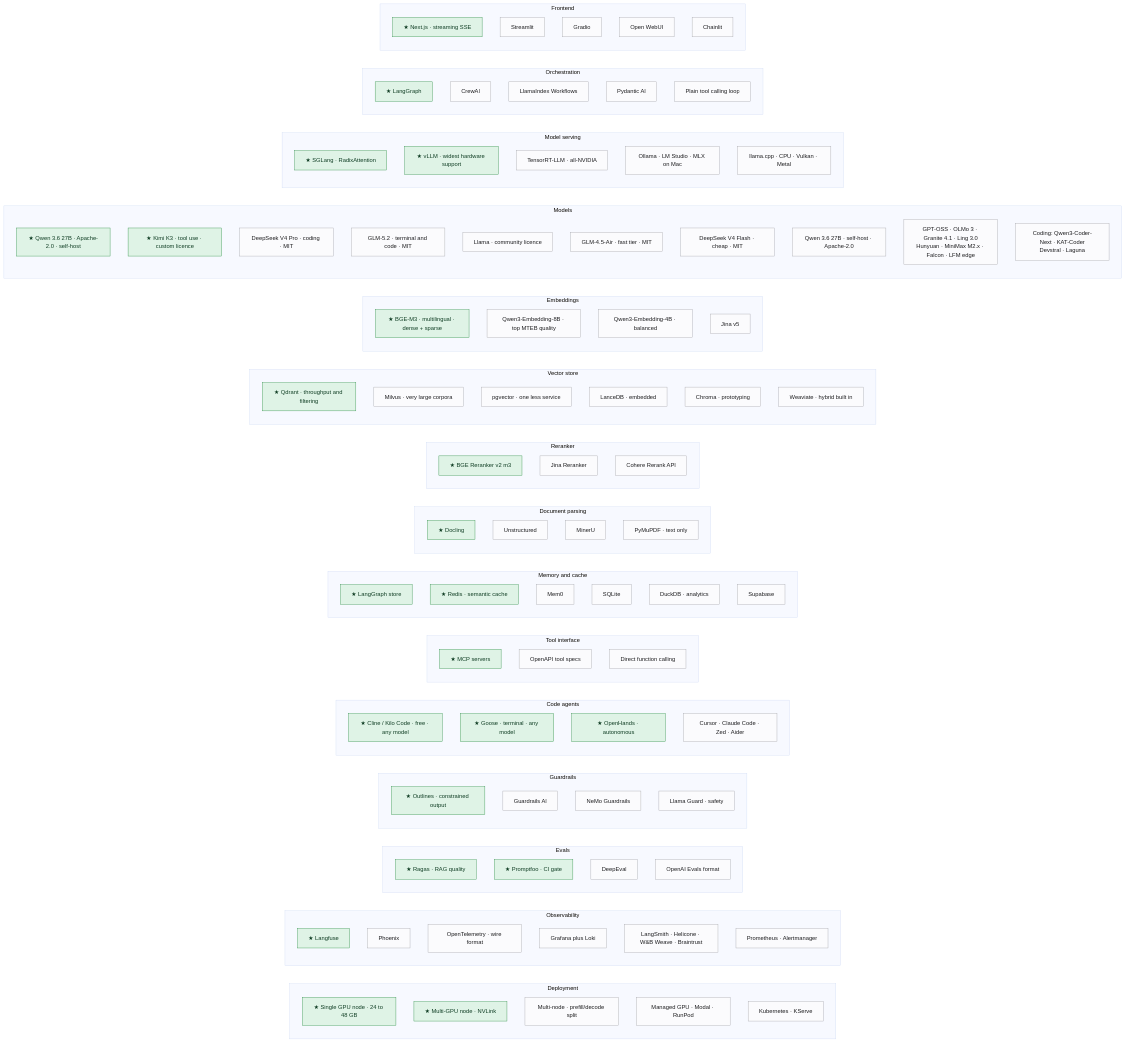
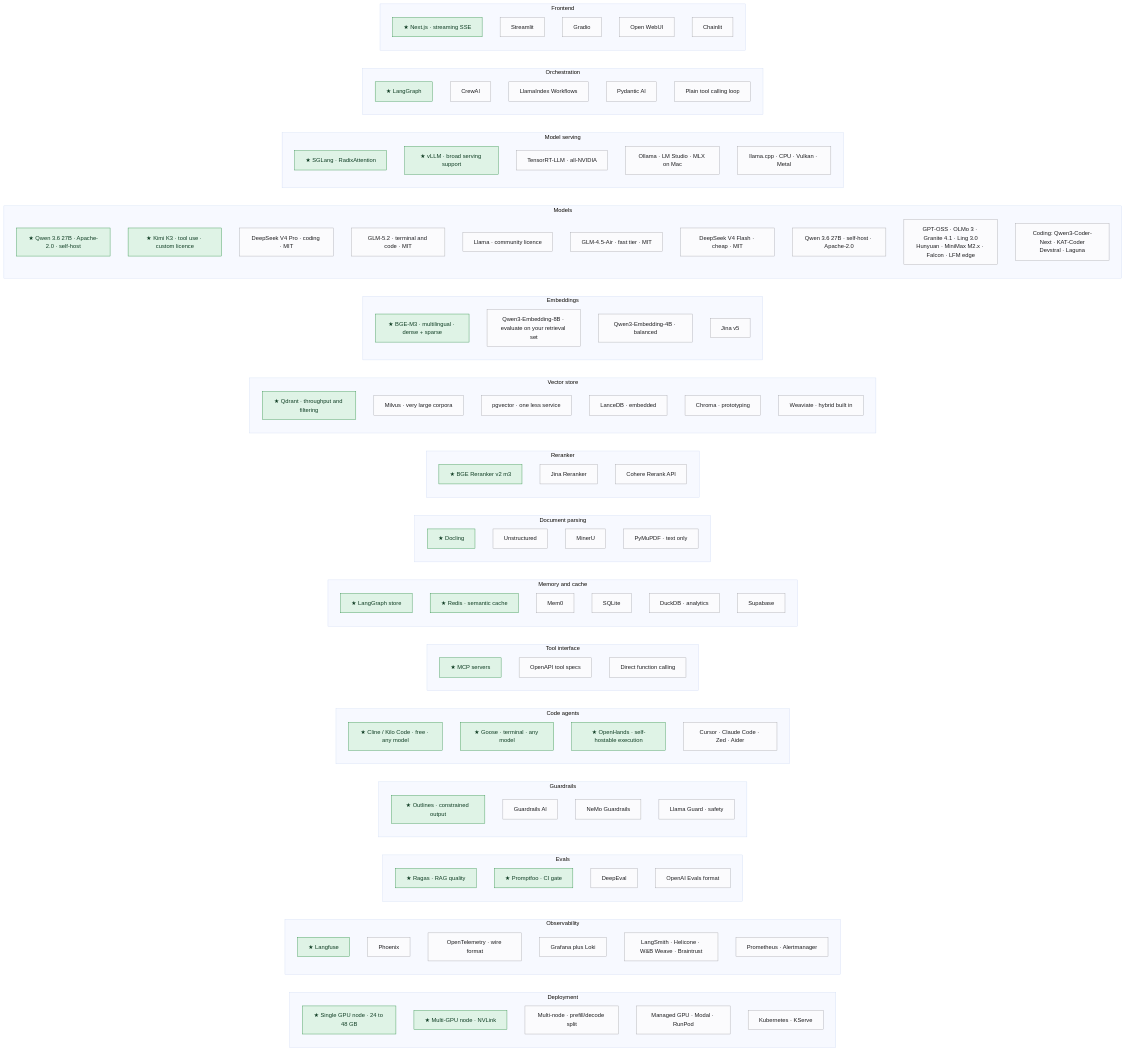
Diagram 17 of 18 in MANUAL.md (mlvpatel/open-weight-agent-stack), drawn with Mermaid (base theme) before and after one commit. The commit also changed other lines of this file and 11 other files, not shown here.

```diff
--- a/MANUAL.md
+++ b/MANUAL.md
@@ -1456,7 +1462,7 @@
     subgraph CAT_CA["Code agents"]
         CA1["★ Cline / Kilo Code · free · any model"]
         CA2["★ Goose · terminal · any model"]
-        CA3["★ OpenHands · autonomous"]
+        CA3["★ OpenHands · self-hostable execution"]
         CA4["Cursor · Claude Code · Zed · Aider"]
     end
     subgraph CAT_TL["Tool interface"]
@@ -1493,7 +1499,7 @@
     end
     subgraph CAT_EM["Embeddings"]
         EM1["★ BGE-M3 · multilingual · dense + sparse"]
-        EM2["Qwen3-Embedding-8B · top MTEB quality"]
+        EM2["Qwen3-Embedding-8B · evaluate on your retrieval set"]
         EM3["Qwen3-Embedding-4B · balanced"]
         EM4["Jina v5"]
     end
@@ -1511,7 +1517,7 @@
     end
     subgraph CAT_SV["Model serving"]
         SV1["★ SGLang · RadixAttention"]
-        SV2["★ vLLM · widest hardware support"]
+        SV2["★ vLLM · broad serving support"]
         SV3["TensorRT-LLM · all-NVIDIA"]
         SV4["Ollama · LM Studio · MLX on Mac"]
         SV5["llama.cpp · CPU · Vulkan · Metal"]
```
